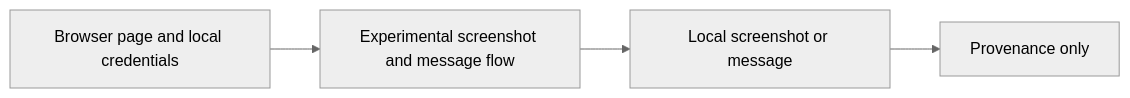
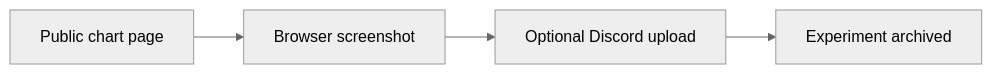
Before and after one commit to Ferreter/Dissertation: the diagram in docs/notebooks/legacy/04_disc-gamma.md, drawn with Mermaid (neutral theme). The commit also changed other lines of this file and 27 other files, not shown here.

````diff
--- a/docs/notebooks/legacy/04_disc-gamma.md
+++ b/docs/notebooks/legacy/04_disc-gamma.md
@@ -12,6 +13,6 @@
 ```mermaid
 flowchart LR
-    A["Browser page and local credentials"] --> B["Experimental screenshot and message flow"]
-    B --> C["Local screenshot or message"]
-    C --> D["Provenance only"]
+    A["Public chart page"] --> B["Browser screenshot"]
+    B --> C["Optional Discord upload"]
+    C --> D["Experiment archived"]
 ```
````
